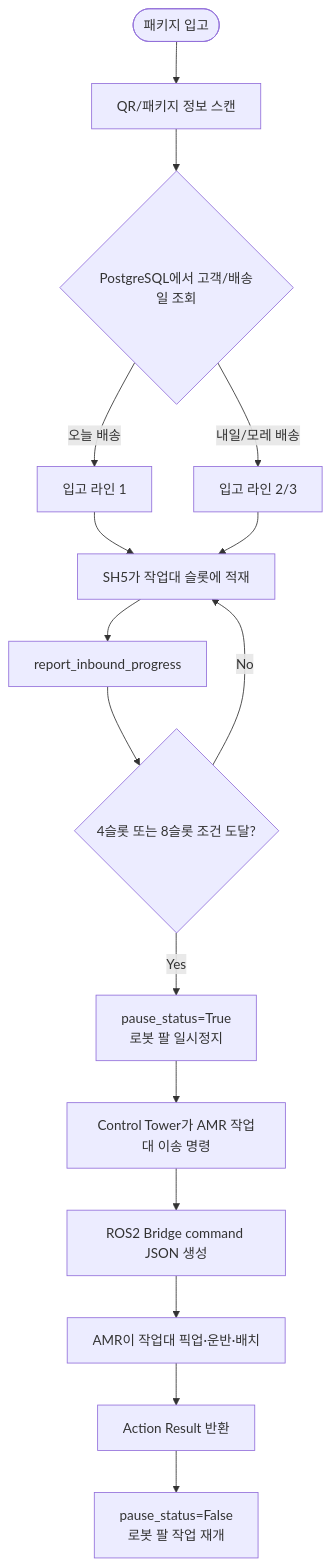
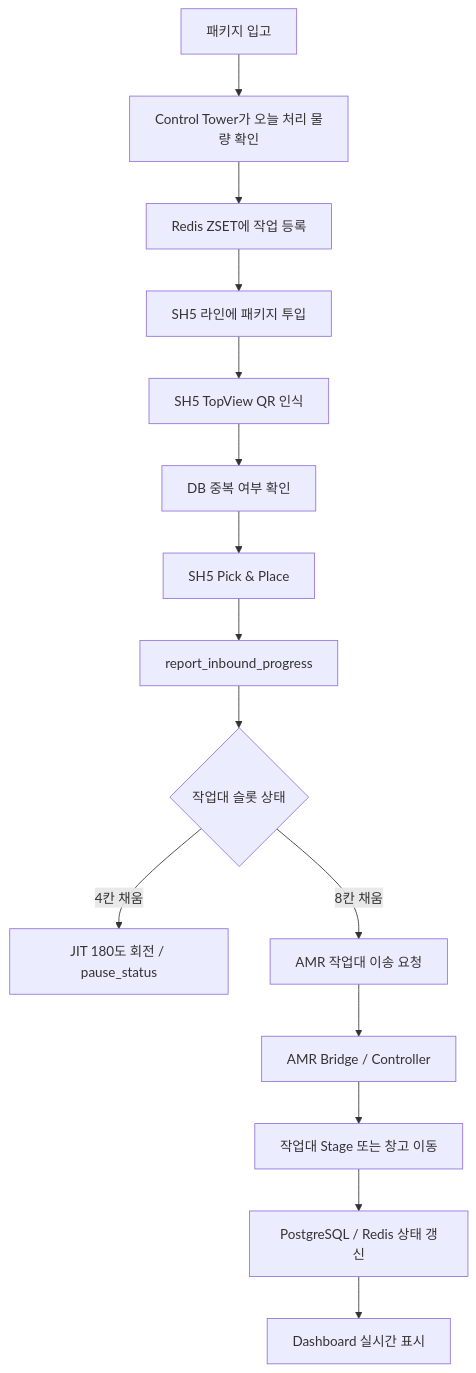
Before and after one commit to sungwung1201/SNFC: the second of 7 diagrams in README.md, drawn with Mermaid. The commit also changed other lines of this file, not shown here.

````diff
--- a/README.md
+++ b/README.md
@@ -205,18 +295,17 @@
 ```mermaid
 flowchart TD
-    Start([패키지 입고]) --> Scan[QR/패키지 정보 스캔]
-    Scan --> DB{PostgreSQL에서 고객/배송일 조회}
-    DB -->|오늘 배송| In1[입고 라인 1]
-    DB -->|내일/모레 배송| In23[입고 라인 2/3]
-    In1 --> SH5Load[SH5가 작업대 슬롯에 적재]
-    In23 --> SH5Load
-    SH5Load --> Report[report_inbound_progress]
-    Report --> Count{4슬롯 또는 8슬롯 조건 도달?}
-    Count -->|No| SH5Load
-    Count -->|Yes| Pause[pause_status=True\n로봇 팔 일시정지]
-    Pause --> AMRCall[Control Tower가 AMR 작업대 이송 명령]
-    AMRCall --> Bridge[ROS2 Bridge command JSON 생성]
-    Bridge --> AMRMove[AMR이 작업대 픽업·운반·배치]
-    AMRMove --> Result[Action Result 반환]
-    Result --> Resume[pause_status=False\n로봇 팔 작업 재개]
+    A[패키지 입고] --> B[Control Tower가 오늘 처리 물량 확인]
+    B --> C[Redis ZSET에 작업 등록]
+    C --> D[SH5 라인에 패키지 투입]
+    D --> E[SH5 TopView QR 인식]
+    E --> F[DB 중복 여부 확인]
+    F --> G[SH5 Pick & Place]
+    G --> H[report_inbound_progress]
+    H --> I{작업대 슬롯 상태}
+    I -->|4칸 채움| J[JIT 180도 회전 / pause_status]
+    I -->|8칸 채움| K[AMR 작업대 이송 요청]
+    K --> L[AMR Bridge / Controller]
+    L --> M[작업대 Stage 또는 창고 이동]
+    M --> N[PostgreSQL / Redis 상태 갱신]
+    N --> O[Dashboard 실시간 표시]
 ```
````
